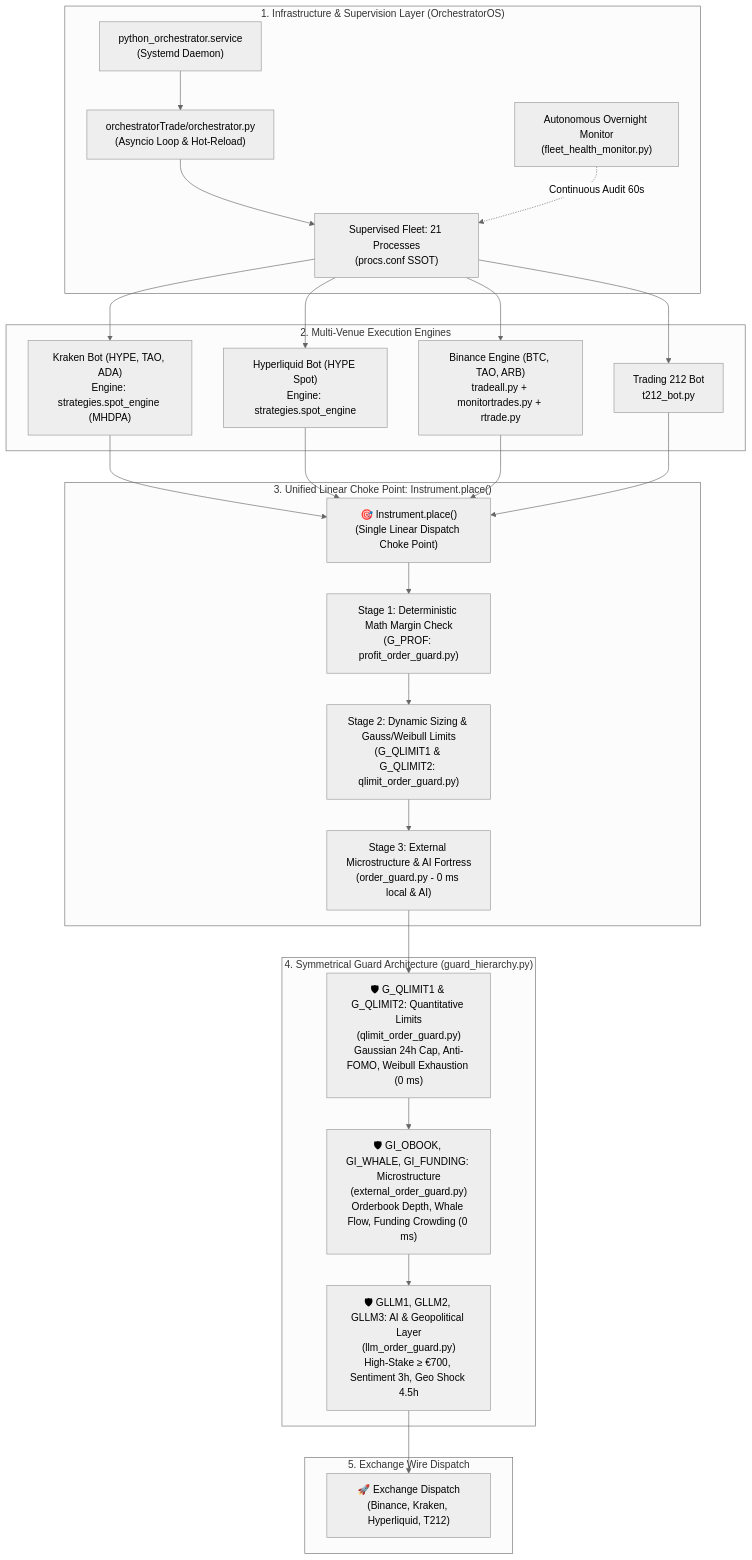
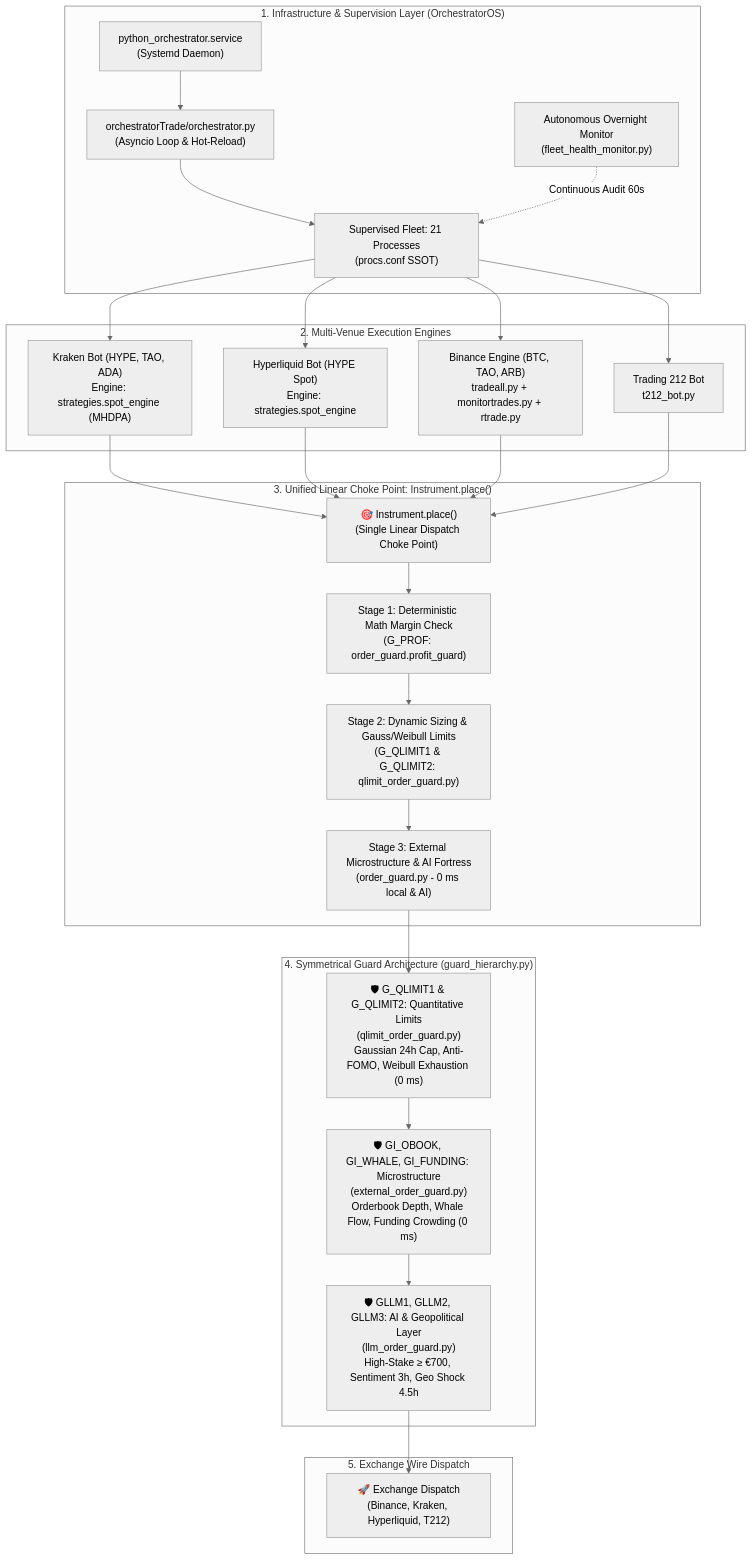
One commit to mpredut/mptrade changed the first of 2 diagrams in README.md. Above: the diagram before and after it, drawn with Mermaid (neutral theme). The commit also changed other lines of this file and 69 other files, not shown here.

````diff
--- a/README.md
+++ b/README.md
@@ -12,32 +12,32 @@
 ```mermaid
 flowchart TD
     subgraph Infrastructure ["1. Infrastructure & Supervision Layer (OrchestratorOS)"]
         SVC["python_orchestrator.service\n(Systemd Daemon)"] --> ORCH["orchestratorTrade/orchestrator.py\n(Asyncio Loop & Hot-Reload)"]
         ORCH --> FLEET["Supervised Fleet: 21 Processes\n(procs.conf SSOT)"]
         MON["Autonomous Overnight Monitor\n(fleet_health_monitor.py)"] -.->|Continuous Audit 60s| FLEET
     end
 
     subgraph Engines ["2. Multi-Venue Execution Engines"]
         FLEET --> KRAKEN["Kraken Bot (HYPE, TAO, ADA)\nEngine: strategies.spot_engine (MHDPA)"]
         FLEET --> HL["Hyperliquid Bot (HYPE Spot)\nEngine: strategies.spot_engine"]
         FLEET --> BINANCE["Binance Engine (BTC, TAO, ARB)\ntradeall.py + monitortrades.py + rtrade.py"]
         FLEET --> T212["Trading 212 Bot\nt212_bot.py"]
     end
 
     subgraph ChokePoint ["3. Unified Linear Choke Point: Instrument.place()"]
         KRAKEN & HL & BINANCE & T212 --> PLACE["🎯 Instrument.place()\n(Single Linear Dispatch Choke Point)"]
-        PLACE --> STAGE1["Stage 1: Deterministic Math Margin Check\n(G_PROF: profit_order_guard.py)"]
+        PLACE --> STAGE1["Stage 1: Deterministic Math Margin Check\n(G_PROF: order_guard.profit_guard)"]
         STAGE1 --> STAGE2["Stage 2: Dynamic Sizing & Gauss/Weibull Limits\n(G_QLIMIT1 & G_QLIMIT2: qlimit_order_guard.py)"]
         STAGE2 --> STAGE3["Stage 3: External Microstructure & AI Fortress\n(order_guard.py - 0 ms local & AI)"]
     end
 
     subgraph Pillars ["4. Symmetrical Guard Architecture (guard_hierarchy.py)"]
         STAGE3 --> P1["🛡 G_QLIMIT1 & G_QLIMIT2: Quantitative Limits\n(qlimit_order_guard.py)\nGaussian 24h Cap, Anti-FOMO, Weibull Exhaustion (0 ms)"]
         P1 --> P2["🛡 GI_OBOOK, GI_WHALE, GI_FUNDING: Microstructure\n(external_order_guard.py)\nOrderbook Depth, Whale Flow, Funding Crowding (0 ms)"]
         P2 --> P3["🛡 GLLM1, GLLM2, GLLM3: AI & Geopolitical Layer\n(llm_order_guard.py)\nHigh-Stake ≥ €700, Sentiment 3h, Geo Shock 4.5h"]
     end
 
     subgraph Execution ["5. Exchange Wire Dispatch"]
         P3 --> DISPATCH["🚀 Exchange Dispatch\n(Binance, Kraken, Hyperliquid, T212)"]
     end
 ```
````
